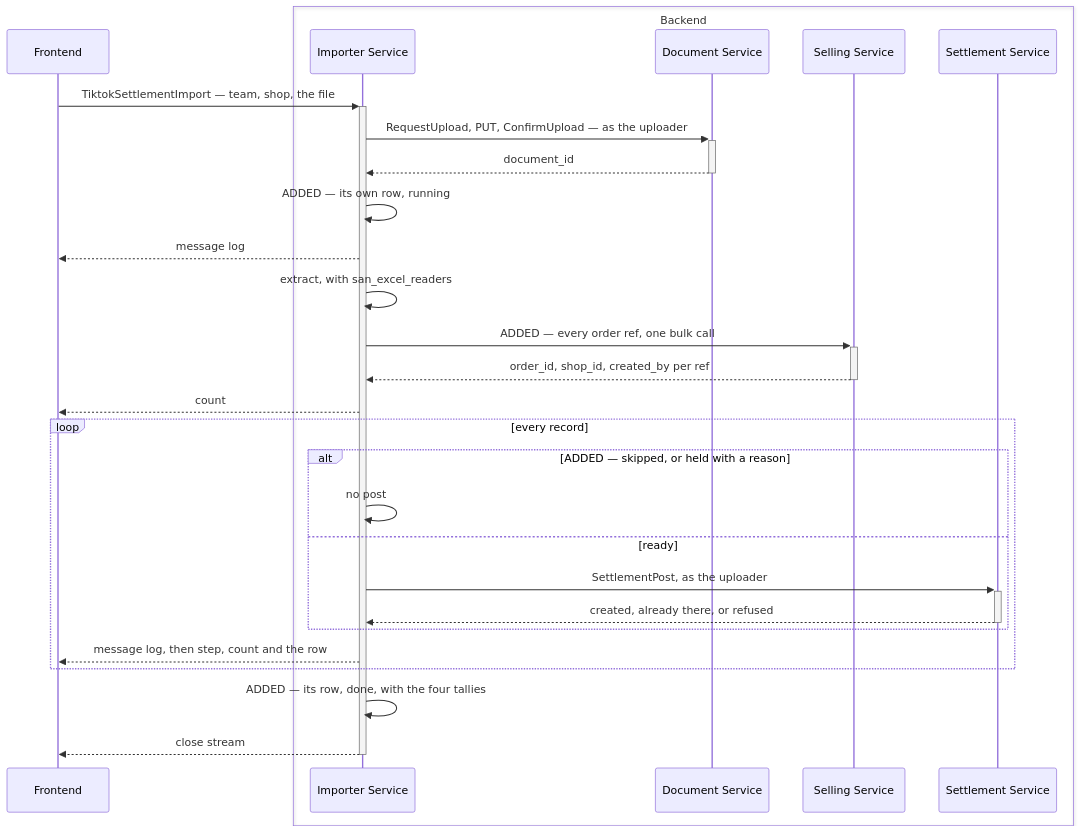
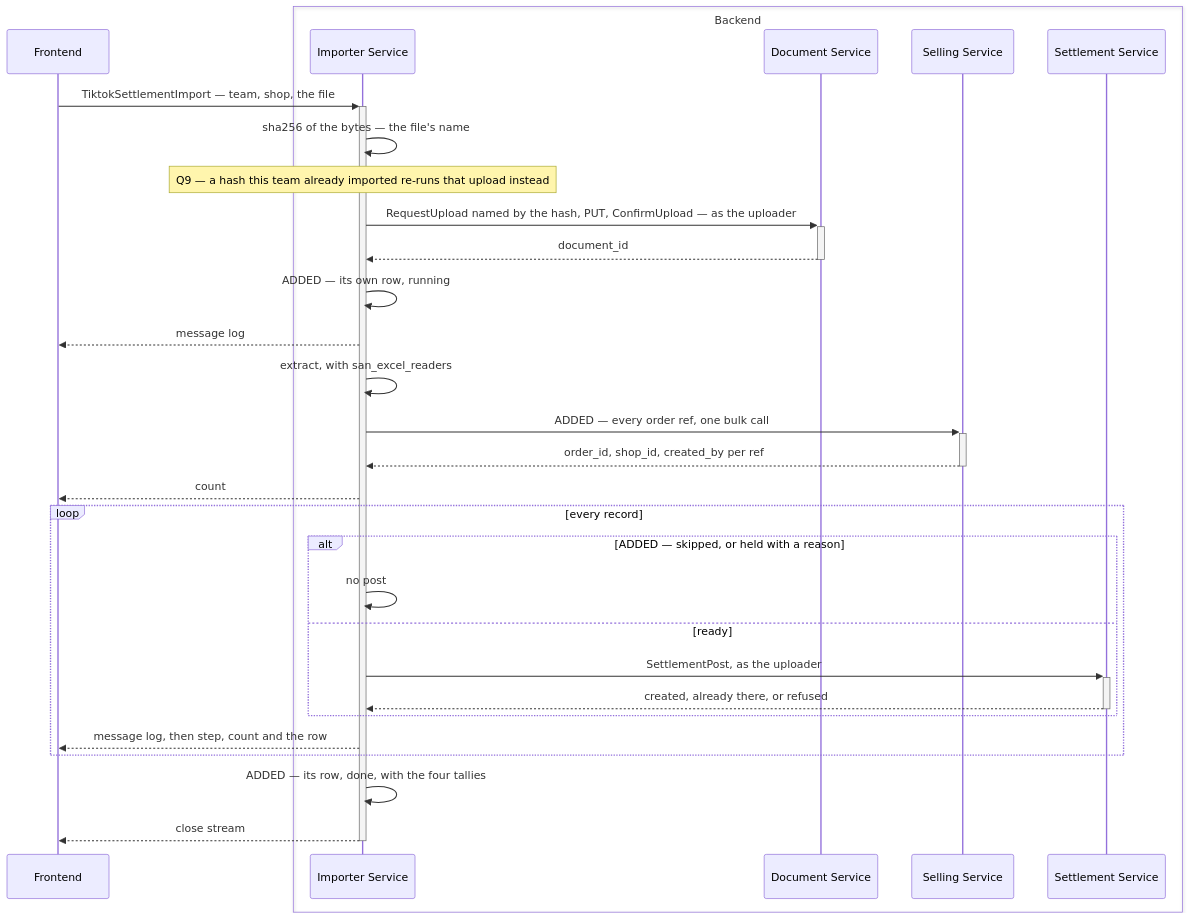
Before and after one commit to pdcgo/warehouse_revamp: the third of 7 diagrams in docs/business/settlement/settlement_importer_clarify.md, drawn with Mermaid. The commit also changed other lines of this file and 3 other files, not shown here.

First line of the commit message:
settlement_importer: the stored file is named by its content hash

````diff
--- a/docs/business/settlement/settlement_importer_clarify.md
+++ b/docs/business/settlement/settlement_importer_clarify.md
@@ -99,30 +101,32 @@
 ```mermaid
 sequenceDiagram
     participant fe as Frontend
     box Backend
         participant import as Importer Service
         participant doc as Document Service
         participant sell as Selling Service
         participant settle as Settlement Service
     end
     fe->>+import: TiktokSettlementImport — team, shop, the file
-    import->>+doc: RequestUpload, PUT, ConfirmUpload — as the uploader
+    import->>import: sha256 of the bytes — the file's name
+    Note over import: Q9 — a hash this team already imported re-runs that upload instead
+    import->>+doc: RequestUpload named by the hash, PUT, ConfirmUpload — as the uploader
     doc-->>-import: document_id
     import->>import: ADDED — its own row, running
     import-->>fe: message log
     import->>import: extract, with san_excel_readers
     import->>+sell: ADDED — every order ref, one bulk call
     sell-->>-import: order_id, shop_id, created_by per ref
     import-->>fe: count
     loop every record
         alt ADDED — skipped, or held with a reason
             import->>import: no post
         else ready
             import->>+settle: SettlementPost, as the uploader
             settle-->>-import: created, already there, or refused
         end
         import-->>fe: message log, then step, count and the row
     end
     import->>import: ADDED — its row, done, with the four tallies
     import-->>-fe: close stream
 ```
````
